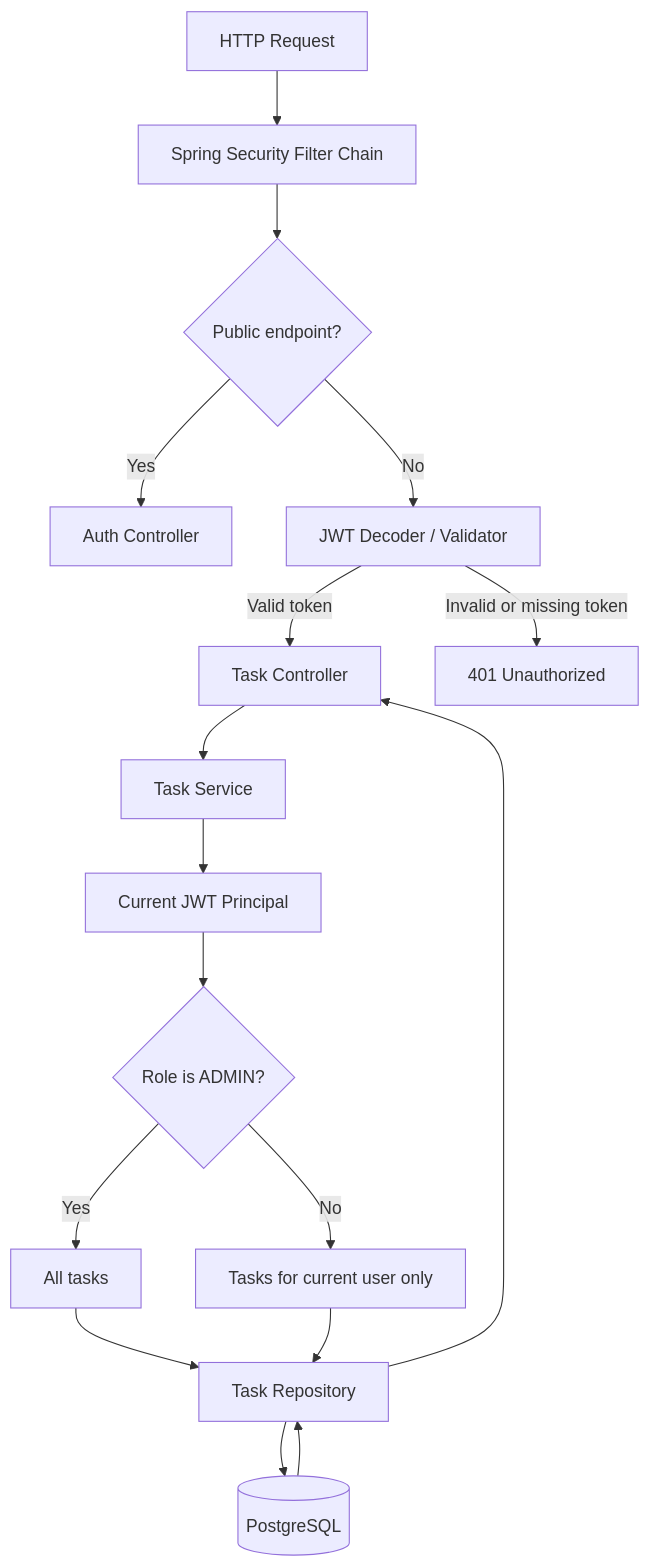
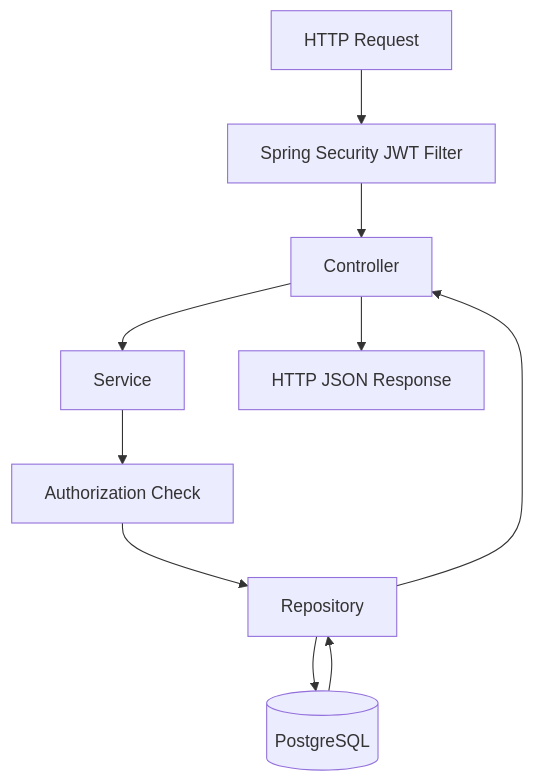
One commit to sardorofical1234-prog/task-management-api changed the diagram in docs/architecture.md. Above: the diagram before and after it, drawn with Mermaid. The commit also changed other lines of this file and 33 other files, not shown here.

```diff
--- a/docs/architecture.md
+++ b/docs/architecture.md
@@ -5,19 +5,12 @@
 ~~~mermaid
 flowchart TD
-    A["HTTP Request"] --> B["Spring Security Filter Chain"]
-    B --> C{"Public endpoint?"}
-    C -->|Yes| D["Auth Controller"]
-    C -->|No| E["JWT Decoder / Validator"]
-    E -->|Valid token| F["Task Controller"]
-    E -->|Invalid or missing token| G["401 Unauthorized"]
-    F --> H["Task Service"]
-    H --> I["Current JWT Principal"]
-    I --> J{"Role is ADMIN?"}
-    J -->|Yes| K["All tasks"]
-    J -->|No| L["Tasks for current user only"]
-    K --> M["Task Repository"]
-    L --> M
-    M --> N[("PostgreSQL")]
-    N --> M
-    M --> F
+    A["HTTP Request"] --> B["Spring Security JWT Filter"]
+    B --> C["Controller"]
+    C --> D["Service"]
+    D --> E["Authorization Check"]
+    E --> F["Repository"]
+    F --> G[("PostgreSQL")]
+    G --> F
+    F --> C
+    C --> H["HTTP JSON Response"]
 ~~~
```
